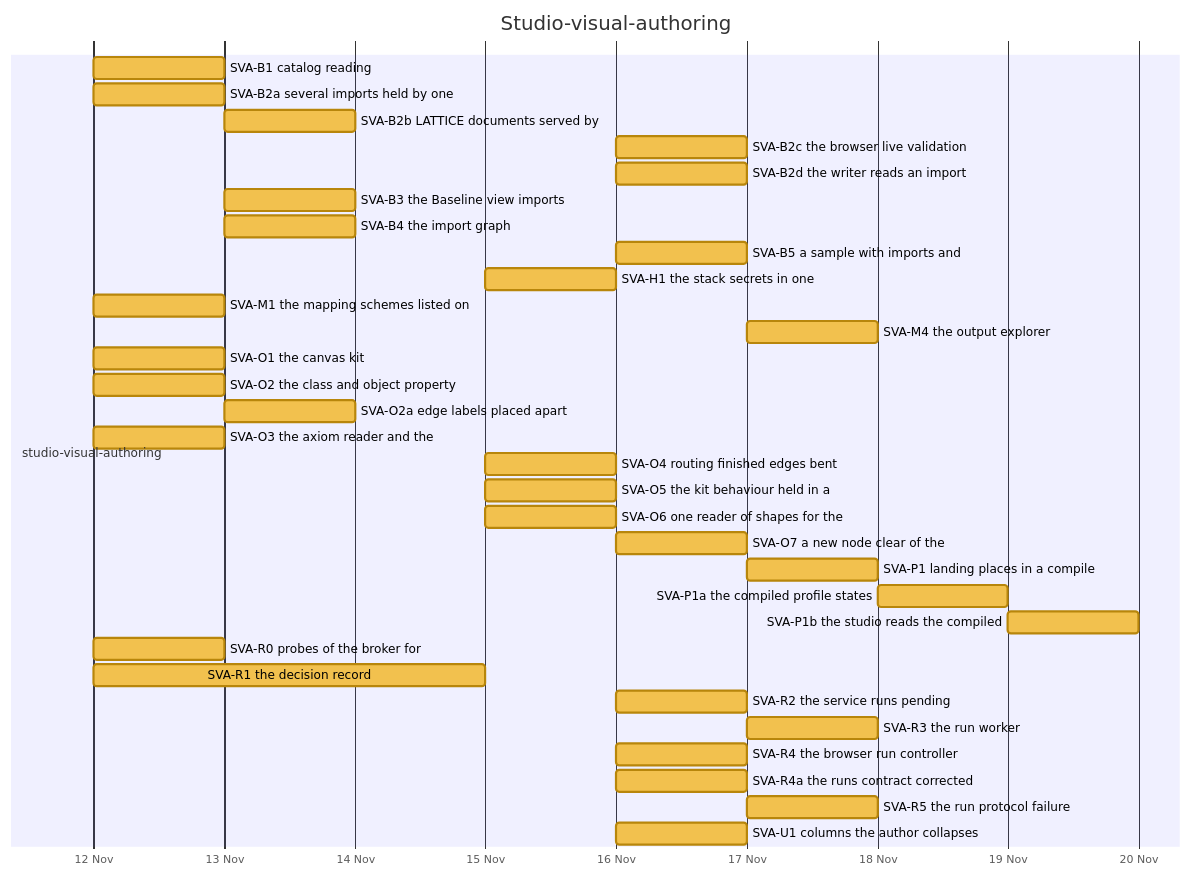
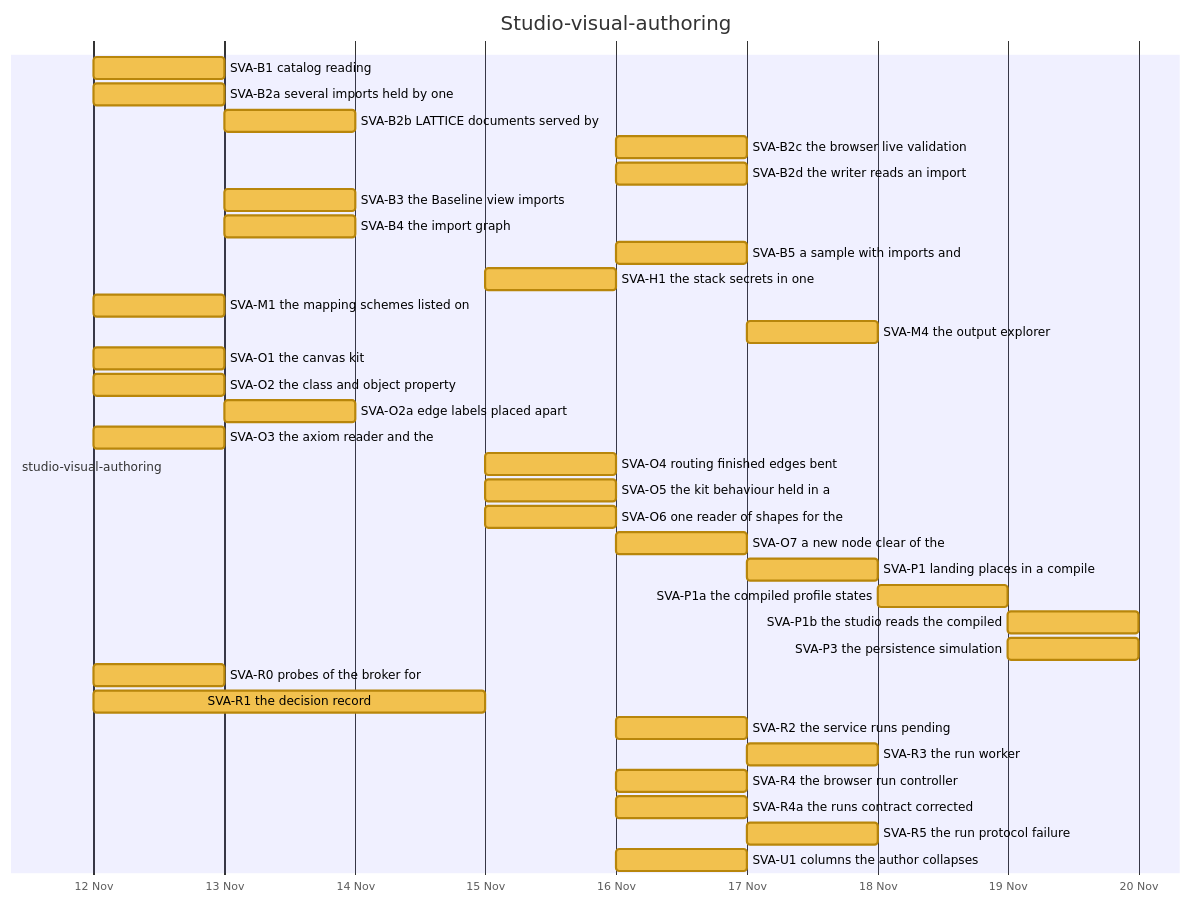
Before and after one commit to nebularis/lattice: diagram 16 of 32 in docs/developer/ROADMAP.md, drawn with Mermaid. The commit also changed other lines of this file, not shown here.

First line of the commit message:
[studio-visual-authoring] Refresh the roadmap's generated sections after SVA-P3

````diff
--- a/docs/developer/ROADMAP.md
+++ b/docs/developer/ROADMAP.md
@@ -473,38 +479,39 @@
 ```mermaid
 %%{init: {"themeVariables": {"taskBkgColor": "#f2c14e", "taskBorderColor": "#b8860b", "taskTextColor": "#000000", "activeTaskBkgColor": "#4e9af1", "activeTaskBorderColor": "#1f5fbf", "activeTaskBorderColor": "#1f5fbf", "doneTaskBkgColor": "#8fcf8f", "doneTaskBorderColor": "#2f7d32", "critBkgColor": "#f28b82", "critBorderColor": "#b23a30", "taskTextDarkColor": "#000000", "taskTextLightColor": "#000000"}}}%%
 gantt
     title Studio-visual-authoring
     dateFormat YYYY-MM-DD
     axisFormat %d %b
     section studio-visual-authoring
     SVA-B1 catalog reading :svab1, 2026-11-12, 2026-11-13
     SVA-B2a several imports held by one :svab2a, 2026-11-12, 2026-11-13
     SVA-B2b LATTICE documents served by :svab2b, 2026-11-13, 2026-11-14
     SVA-B2c the browser live validation :svab2c, 2026-11-16, 2026-11-17
     SVA-B2d the writer reads an import :svab2d, 2026-11-16, 2026-11-17
     SVA-B3 the Baseline view imports :svab3, 2026-11-13, 2026-11-14
     SVA-B4 the import graph :svab4, 2026-11-13, 2026-11-14
     SVA-B5 a sample with imports and :svab5, 2026-11-16, 2026-11-17
     SVA-H1 the stack secrets in one :svah1, 2026-11-15, 2026-11-16
     SVA-M1 the mapping schemes listed on :svam1, 2026-11-12, 2026-11-13
     SVA-M4 the output explorer :svam4, 2026-11-17, 2026-11-18
     SVA-O1 the canvas kit :svao1, 2026-11-12, 2026-11-13
     SVA-O2 the class and object property :svao2, 2026-11-12, 2026-11-13
     SVA-O2a edge labels placed apart :svao2a, 2026-11-13, 2026-11-14
     SVA-O3 the axiom reader and the :svao3, 2026-11-12, 2026-11-13
     SVA-O4 routing finished edges bent :svao4, 2026-11-15, 2026-11-16
     SVA-O5 the kit behaviour held in a :svao5, 2026-11-15, 2026-11-16
     SVA-O6 one reader of shapes for the :svao6, 2026-11-15, 2026-11-16
     SVA-O7 a new node clear of the :svao7, 2026-11-16, 2026-11-17
     SVA-P1 landing places in a compile :svap1, 2026-11-17, 2026-11-18
     SVA-P1a the compiled profile states :svap1a, 2026-11-18, 2026-11-19
     SVA-P1b the studio reads the compiled :svap1b, 2026-11-19, 2026-11-20
+    SVA-P3 the persistence simulation :svap3, 2026-11-19, 2026-11-20
     SVA-R0 probes of the broker for :svar0, 2026-11-12, 2026-11-13
     SVA-R1 the decision record :svar1, 2026-11-12, 2026-11-15
     SVA-R2 the service runs pending :svar2, 2026-11-16, 2026-11-17
     SVA-R3 the run worker :svar3, 2026-11-17, 2026-11-18
     SVA-R4 the browser run controller :svar4, 2026-11-16, 2026-11-17
     SVA-R4a the runs contract corrected :svar4a, 2026-11-16, 2026-11-17
     SVA-R5 the run protocol failure :svar5, 2026-11-17, 2026-11-18
     SVA-U1 columns the author collapses :svau1, 2026-11-16, 2026-11-17
 ```
````
